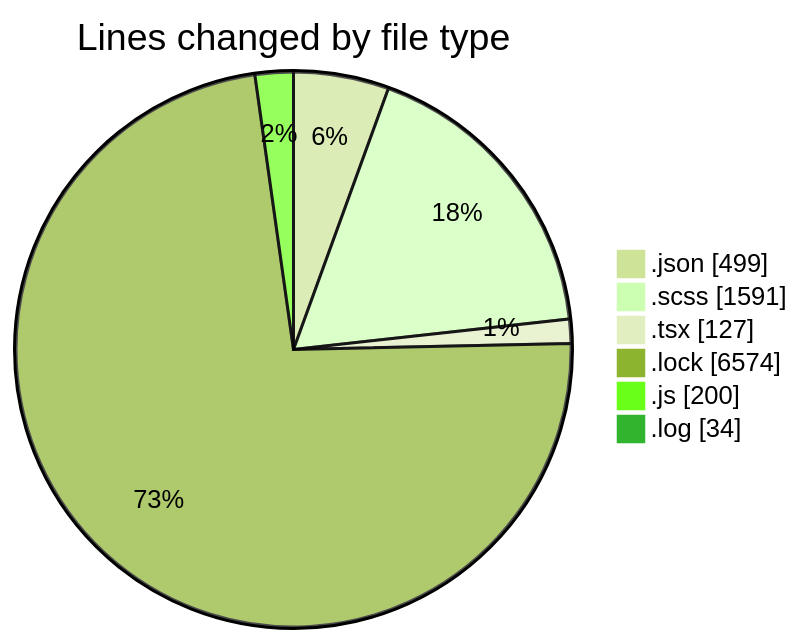
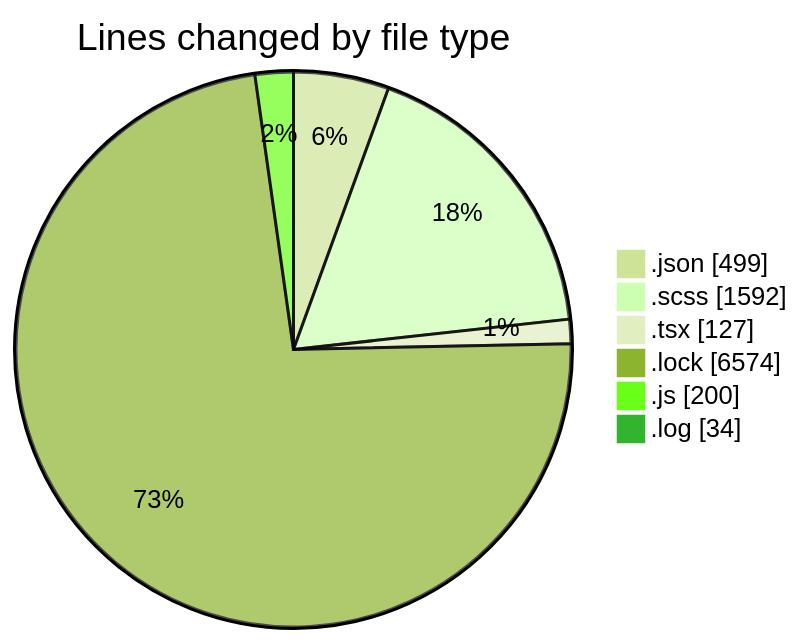
The first of 2 diagrams in 2026-08-11/cda/README.md (momahboobian/code-tracking), drawn with Mermaid (forest theme) before and after one commit. The commit also changed other lines of this file and 1 other file, not shown here.

````diff
--- a/2026-08-11/cda/README.md
+++ b/2026-08-11/cda/README.md
@@ -32,10 +32,10 @@
 ```mermaid
 pie showData
 title Lines changed by file type
 ".json" : 499
-".scss" : 1591
+".scss" : 1592
 ".tsx" : 127
 ".lock" : 6574
 ".js" : 200
 ".log" : 34
 ```
````
